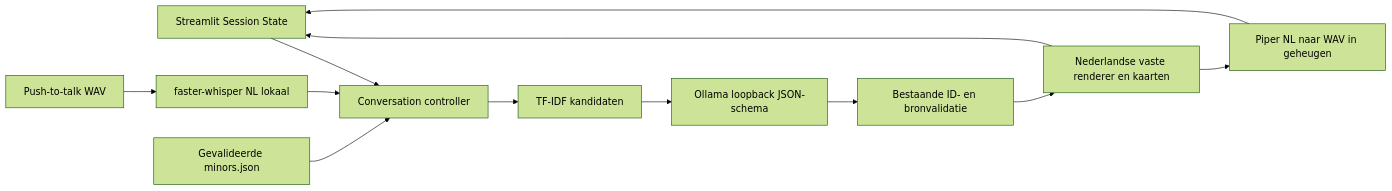
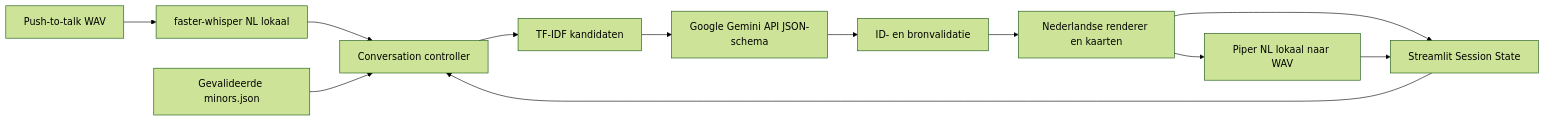
The diagram in docs/ARCHITECTURE.md (TomsCodingCorner/hackathon-15_10_26), drawn with Mermaid (forest theme) before and after one commit. The commit also changed other lines of this file and 27 other files, not shown here.

````diff
--- a/docs/ARCHITECTURE.md
+++ b/docs/ARCHITECTURE.md
@@ -5,14 +5,14 @@
 ```mermaid
 flowchart LR
-    UI[Streamlit Session State] --> C[Conversation controller]
     MIC[Push-to-talk WAV] --> STT[faster-whisper NL lokaal]
-    STT --> C
-    JSON[Gevalideerde minors.json] --> C
+    STT --> C[Conversation controller]
+    UI[Streamlit Session State] --> C
+    DATA[Gevalideerde minors.json] --> C
     C --> SEARCH[TF-IDF kandidaten]
-    SEARCH --> LLM[Ollama loopback JSON-schema]
-    LLM --> VAL[Bestaande ID- en bronvalidatie]
-    VAL --> R[Nederlandse vaste renderer en kaarten]
+    SEARCH --> LLM[Google Gemini API JSON-schema]
+    LLM --> VAL[ID- en bronvalidatie]
+    VAL --> R[Nederlandse renderer en kaarten]
     R --> UI
-    R --> TTS[Piper NL naar WAV in geheugen]
+    R --> TTS[Piper NL lokaal naar WAV]
     TTS --> UI
 ```
````
